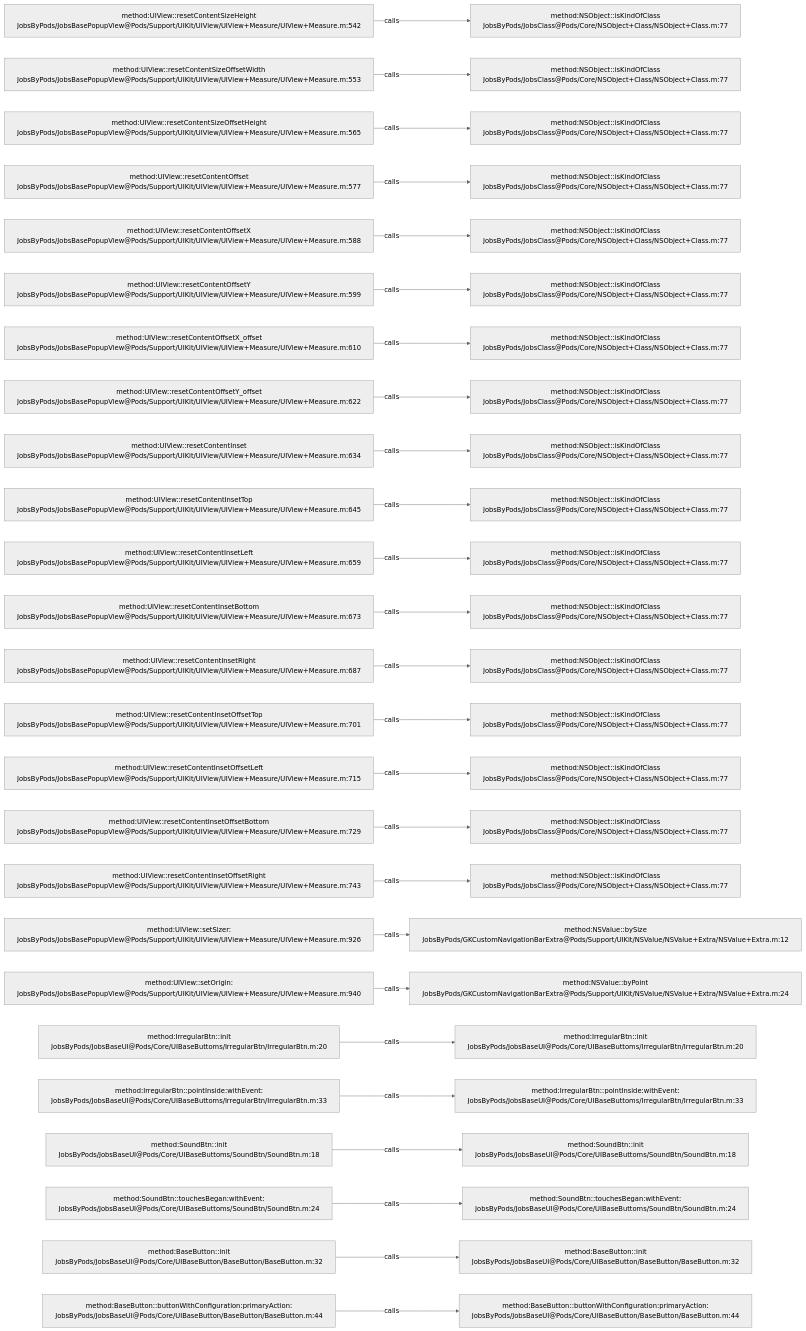
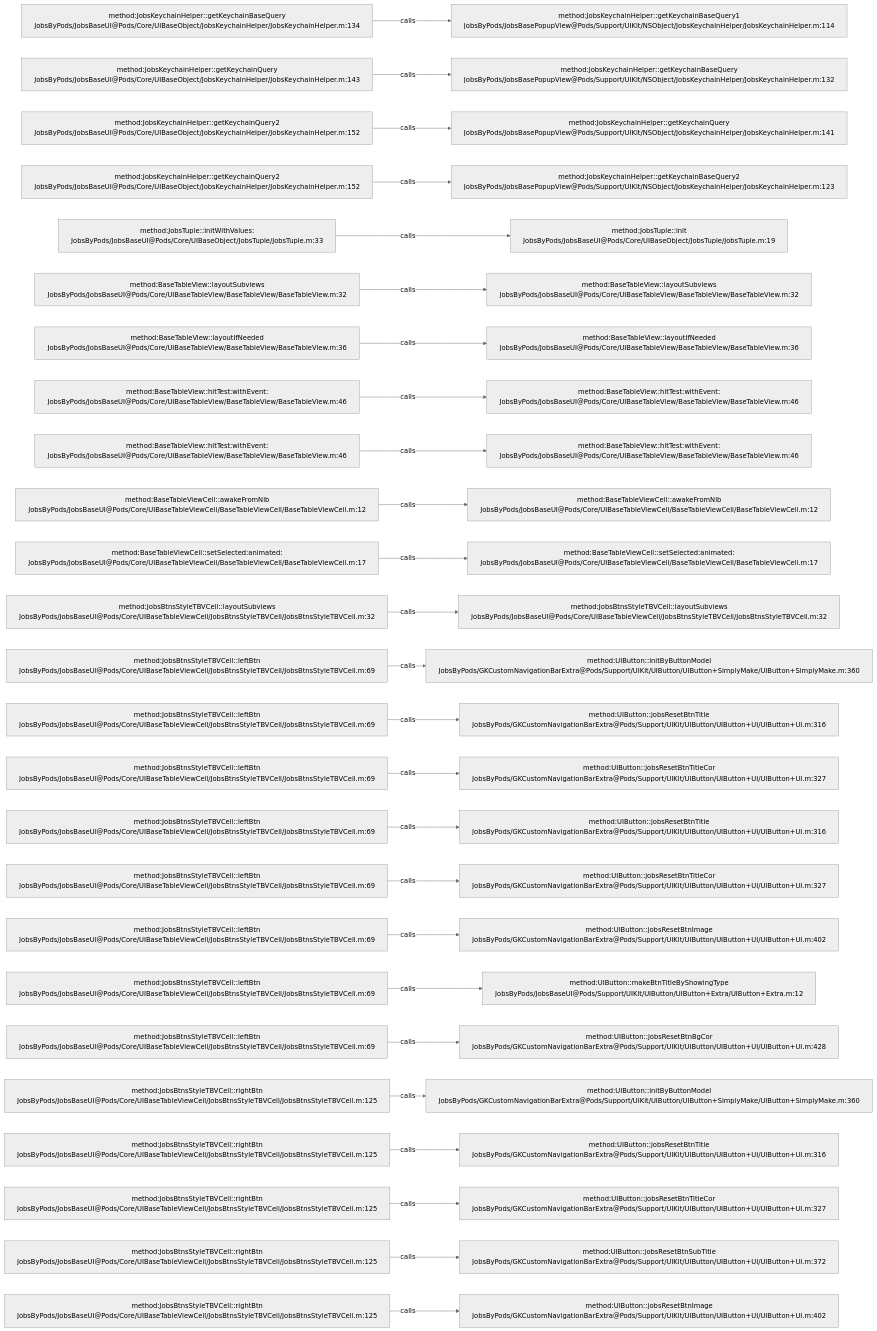
Before and after one commit to JobsKits/JobsOCBaseConfigDemo: the diagram in .codegraph/codegraph.md/graphs/calls-031.md, drawn with Mermaid (neutral theme). The commit also changed 1026 other files, not shown here.

````diff
--- a/.codegraph/codegraph.md/graphs/calls-031.md
+++ b/.codegraph/codegraph.md/graphs/calls-031.md
@@ -13,78 +13,78 @@
 ```mermaid
 flowchart LR
-  S1["method:UIView::resetContentSizeHeight<br/>JobsByPods/JobsBasePopupView@Pods/Support/UIKit/UIView/UIView+Measure/UIView+Measure.m:542"]
-  T1["method:NSObject::isKindOfClass<br/>JobsByPods/JobsClass@Pods/Core/NSObject+Class/NSObject+Class.m:77"]
+  S1["method:JobsKeychainHelper::getKeychainBaseQuery<br/>JobsByPods/JobsBaseUI@Pods/Core/UIBaseObject/JobsKeychainHelper/JobsKeychainHelper.m:134"]
+  T1["method:JobsKeychainHelper::getKeychainBaseQuery1<br/>JobsByPods/JobsBasePopupView@Pods/Support/UIKit/NSObject/JobsKeychainHelper/JobsKeychainHelper.m:114"]
   S1 -->|calls| T1
-  S2["method:UIView::resetContentSizeOffsetWidth<br/>JobsByPods/JobsBasePopupView@Pods/Support/UIKit/UIView/UIView+Measure/UIView+Measure.m:553"]
-  T2["method:NSObject::isKindOfClass<br/>JobsByPods/JobsClass@Pods/Core/NSObject+Class/NSObject+Class.m:77"]
+  S2["method:JobsKeychainHelper::getKeychainQuery<br/>JobsByPods/JobsBaseUI@Pods/Core/UIBaseObject/JobsKeychainHelper/JobsKeychainHelper.m:143"]
+  T2["method:JobsKeychainHelper::getKeychainBaseQuery<br/>JobsByPods/JobsBasePopupView@Pods/Support/UIKit/NSObject/JobsKeychainHelper/JobsKeychainHelper.m:132"]
   S2 -->|calls| T2
-  S3["method:UIView::resetContentSizeOffsetHeight<br/>JobsByPods/JobsBasePopupView@Pods/Support/UIKit/UIView/UIView+Measure/UIView+Measure.m:565"]
-  T3["method:NSObject::isKindOfClass<br/>JobsByPods/JobsClass@Pods/Core/NSObject+Class/NSObject+Class.m:77"]
+  S3["method:JobsKeychainHelper::getKeychainQuery2<br/>JobsByPods/JobsBaseUI@Pods/Core/UIBaseObject/JobsKeychainHelper/JobsKeychainHelper.m:152"]
+  T3["method:JobsKeychainHelper::getKeychainQuery<br/>JobsByPods/JobsBasePopupView@Pods/Support/UIKit/NSObject/JobsKeychainHelper/JobsKeychainHelper.m:141"]
   S3 -->|calls| T3
-  S4["method:UIView::resetContentOffset<br/>JobsByPods/JobsBasePopupView@Pods/Support/UIKit/UIView/UIView+Measure/UIView+Measure.m:577"]
-  T4["method:NSObject::isKindOfClass<br/>JobsByPods/JobsClass@Pods/Core/NSObject+Class/NSObject+Class.m:77"]
+  S4["method:JobsKeychainHelper::getKeychainQuery2<br/>JobsByPods/JobsBaseUI@Pods/Core/UIBaseObject/JobsKeychainHelper/JobsKeychainHelper.m:152"]
+  T4["method:JobsKeychainHelper::getKeychainBaseQuery2<br/>JobsByPods/JobsBasePopupView@Pods/Support/UIKit/NSObject/JobsKeychainHelper/JobsKeychainHelper.m:123"]
   S4 -->|calls| T4
-  S5["method:UIView::resetContentOffsetX<br/>JobsByPods/JobsBasePopupView@Pods/Support/UIKit/UIView/UIView+Measure/UIView+Measure.m:588"]
-  T5["method:NSObject::isKindOfClass<br/>JobsByPods/JobsClass@Pods/Core/NSObject+Class/NSObject+Class.m:77"]
+  S5["method:JobsTuple::initWithValues:<br/>JobsByPods/JobsBaseUI@Pods/Core/UIBaseObject/JobsTuple/JobsTuple.m:33"]
+  T5["method:JobsTuple::init<br/>JobsByPods/JobsBaseUI@Pods/Core/UIBaseObject/JobsTuple/JobsTuple.m:19"]
   S5 -->|calls| T5
-  S6["method:UIView::resetContentOffsetY<br/>JobsByPods/JobsBasePopupView@Pods/Support/UIKit/UIView/UIView+Measure/UIView+Measure.m:599"]
-  T6["method:NSObject::isKindOfClass<br/>JobsByPods/JobsClass@Pods/Core/NSObject+Class/NSObject+Class.m:77"]
+  S6["method:BaseTableView::layoutSubviews<br/>JobsByPods/JobsBaseUI@Pods/Core/UIBaseTableView/BaseTableView/BaseTableView.m:32"]
+  T6["method:BaseTableView::layoutSubviews<br/>JobsByPods/JobsBaseUI@Pods/Core/UIBaseTableView/BaseTableView/BaseTableView.m:32"]
   S6 -->|calls| T6
-  S7["method:UIView::resetContentOffsetX_offset<br/>JobsByPods/JobsBasePopupView@Pods/Support/UIKit/UIView/UIView+Measure/UIView+Measure.m:610"]
-  T7["method:NSObject::isKindOfClass<br/>JobsByPods/JobsClass@Pods/Core/NSObject+Class/NSObject+Class.m:77"]
+  S7["method:BaseTableView::layoutIfNeeded<br/>JobsByPods/JobsBaseUI@Pods/Core/UIBaseTableView/BaseTableView/BaseTableView.m:36"]
+  T7["method:BaseTableView::layoutIfNeeded<br/>JobsByPods/JobsBaseUI@Pods/Core/UIBaseTableView/BaseTableView/BaseTableView.m:36"]
   S7 -->|calls| T7
-  S8["method:UIView::resetContentOffsetY_offset<br/>JobsByPods/JobsBasePopupView@Pods/Support/UIKit/UIView/UIView+Measure/UIView+Measure.m:622"]
-  T8["method:NSObject::isKindOfClass<br/>JobsByPods/JobsClass@Pods/Core/NSObject+Class/NSObject+Class.m:77"]
+  S8["method:BaseTableView::hitTest:withEvent:<br/>JobsByPods/JobsBaseUI@Pods/Core/UIBaseTableView/BaseTableView/BaseTableView.m:46"]
+  T8["method:BaseTableView::hitTest:withEvent:<br/>JobsByPods/JobsBaseUI@Pods/Core/UIBaseTableView/BaseTableView/BaseTableView.m:46"]
   S8 -->|calls| T8
-  S9["method:UIView::resetContentInset<br/>JobsByPods/JobsBasePopupView@Pods/Support/UIKit/UIView/UIView+Measure/UIView+Measure.m:634"]
-  T9["method:NSObject::isKindOfClass<br/>JobsByPods/JobsClass@Pods/Core/NSObject+Class/NSObject+Class.m:77"]
+  S9["method:BaseTableView::hitTest:withEvent:<br/>JobsByPods/JobsBaseUI@Pods/Core/UIBaseTableView/BaseTableView/BaseTableView.m:46"]
+  T9["method:BaseTableView::hitTest:withEvent:<br/>JobsByPods/JobsBaseUI@Pods/Core/UIBaseTableView/BaseTableView/BaseTableView.m:46"]
   S9 -->|calls| T9
-  S10["method:UIView::resetContentInsetTop<br/>JobsByPods/JobsBasePopupView@Pods/Support/UIKit/UIView/UIView+Measure/UIView+Measure.m:645"]
-  T10["method:NSObject::isKindOfClass<br/>JobsByPods/JobsClass@Pods/Core/NSObject+Class/NSObject+Class.m:77"]
+  S10["method:BaseTableViewCell::awakeFromNib<br/>JobsByPods/JobsBaseUI@Pods/Core/UIBaseTableViewCell/BaseTableViewCell/BaseTableViewCell.m:12"]
+  T10["method:BaseTableViewCell::awakeFromNib<br/>JobsByPods/JobsBaseUI@Pods/Core/UIBaseTableViewCell/BaseTableViewCell/BaseTableViewCell.m:12"]
   S10 -->|calls| T10
-  S11["method:UIView::resetContentInsetLeft<br/>JobsByPods/JobsBasePopupView@Pods/Support/UIKit/UIView/UIView+Measure/UIView+Measure.m:659"]
-  T11["method:NSObject::isKindOfClass<br/>JobsByPods/JobsClass@Pods/Core/NSObject+Class/NSObject+Class.m:77"]
+  S11["method:BaseTableViewCell::setSelected:animated:<br/>JobsByPods/JobsBaseUI@Pods/Core/UIBaseTableViewCell/BaseTableViewCell/BaseTableViewCell.m:17"]
+  T11["method:BaseTableViewCell::setSelected:animated:<br/>JobsByPods/JobsBaseUI@Pods/Core/UIBaseTableViewCell/BaseTableViewCell/BaseTableViewCell.m:17"]
   S11 -->|calls| T11
-  S12["method:UIView::resetContentInsetBottom<br/>JobsByPods/JobsBasePopupView@Pods/Support/UIKit/UIView/UIView+Measure/UIView+Measure.m:673"]
-  T12["method:NSObject::isKindOfClass<br/>JobsByPods/JobsClass@Pods/Core/NSObject+Class/NSObject+Class.m:77"]
+  S12["method:JobsBtnsStyleTBVCell::layoutSubviews<br/>JobsByPods/JobsBaseUI@Pods/Core/UIBaseTableViewCell/JobsBtnsStyleTBVCell/JobsBtnsStyleTBVCell.m:32"]
+  T12["method:JobsBtnsStyleTBVCell::layoutSubviews<br/>JobsByPods/JobsBaseUI@Pods/Core/UIBaseTableViewCell/JobsBtnsStyleTBVCell/JobsBtnsStyleTBVCell.m:32"]
   S12 -->|calls| T12
-  S13["method:UIView::resetContentInsetRight<br/>JobsByPods/JobsBasePopupView@Pods/Support/UIKit/UIView/UIView+Measure/UIView+Measure.m:687"]
-  T13["method:NSObject::isKindOfClass<br/>JobsByPods/JobsClass@Pods/Core/NSObject+Class/NSObject+Class.m:77"]
+  S13["method:JobsBtnsStyleTBVCell::leftBtn<br/>JobsByPods/JobsBaseUI@Pods/Core/UIBaseTableViewCell/JobsBtnsStyleTBVCell/JobsBtnsStyleTBVCell.m:69"]
+  T13["method:UIButton::initByButtonModel<br/>JobsByPods/GKCustomNavigationBarExtra@Pods/Support/UIKit/UIButton/UIButton+SimplyMake/UIButton+SimplyMake.m:360"]
   S13 -->|calls| T13
-  S14["method:UIView::resetContentInsetOffsetTop<br/>JobsByPods/JobsBasePopupView@Pods/Support/UIKit/UIView/UIView+Measure/UIView+Measure.m:701"]
-  T14["method:NSObject::isKindOfClass<br/>JobsByPods/JobsClass@Pods/Core/NSObject+Class/NSObject+Class.m:77"]
+  S14["method:JobsBtnsStyleTBVCell::leftBtn<br/>JobsByPods/JobsBaseUI@Pods/Core/UIBaseTableViewCell/JobsBtnsStyleTBVCell/JobsBtnsStyleTBVCell.m:69"]
+  T14["method:UIButton::jobsResetBtnTitle<br/>JobsByPods/GKCustomNavigationBarExtra@Pods/Support/UIKit/UIButton/UIButton+UI/UIButton+UI.m:316"]
   S14 -->|calls| T14
-  S15["method:UIView::resetContentInsetOffsetLeft<br/>JobsByPods/JobsBasePopupView@Pods/Support/UIKit/UIView/UIView+Measure/UIView+Measure.m:715"]
-  T15["method:NSObject::isKindOfClass<br/>JobsByPods/JobsClass@Pods/Core/NSObject+Class/NSObject+Class.m:77"]
+  S15["method:JobsBtnsStyleTBVCell::leftBtn<br/>JobsByPods/JobsBaseUI@Pods/Core/UIBaseTableViewCell/JobsBtnsStyleTBVCell/JobsBtnsStyleTBVCell.m:69"]
+  T15["method:UIButton::jobsResetBtnTitleCor<br/>JobsByPods/GKCustomNavigationBarExtra@Pods/Support/UIKit/UIButton/UIButton+UI/UIButton+UI.m:327"]
   S15 -->|calls| T15
-  S16["method:UIView::resetContentInsetOffsetBottom<br/>JobsByPods/JobsBasePopupView@Pods/Support/UIKit/UIView/UIView+Measure/UIView+Measure.m:729"]
-  T16["method:NSObject::isKindOfClass<br/>JobsByPods/JobsClass@Pods/Core/NSObject+Class/NSObject+Class.m:77"]
+  S16["method:JobsBtnsStyleTBVCell::leftBtn<br/>JobsByPods/JobsBaseUI@Pods/Core/UIBaseTableViewCell/JobsBtnsStyleTBVCell/JobsBtnsStyleTBVCell.m:69"]
+  T16["method:UIButton::jobsResetBtnTitle<br/>JobsByPods/GKCustomNavigationBarExtra@Pods/Support/UIKit/UIButton/UIButton+UI/UIButton+UI.m:316"]
   S16 -->|calls| T16
-  S17["method:UIView::resetContentInsetOffsetRight<br/>JobsByPods/JobsBasePopupView@Pods/Support/UIKit/UIView/UIView+Measure/UIView+Measure.m:743"]
-  T17["method:NSObject::isKindOfClass<br/>JobsByPods/JobsClass@Pods/Core/NSObject+Class/NSObject+Class.m:77"]
+  S17["method:JobsBtnsStyleTBVCell::leftBtn<br/>JobsByPods/JobsBaseUI@Pods/Core/UIBaseTableViewCell/JobsBtnsStyleTBVCell/JobsBtnsStyleTBVCell.m:69"]
+  T17["method:UIButton::jobsResetBtnTitleCor<br/>JobsByPods/GKCustomNavigationBarExtra@Pods/Support/UIKit/UIButton/UIButton+UI/UIButton+UI.m:327"]
   S17 -->|calls| T17
-  S18["method:UIView::setSizer:<br/>JobsByPods/JobsBasePopupView@Pods/Support/UIKit/UIView/UIView+Measure/UIView+Measure.m:926"]
-  T18["method:NSValue::bySize<br/>JobsByPods/GKCustomNavigationBarExtra@Pods/Support/UIKit/NSValue/NSValue+Extra/NSValue+Extra.m:12"]
+  S18["method:JobsBtnsStyleTBVCell::leftBtn<br/>JobsByPods/JobsBaseUI@Pods/Core/UIBaseTableViewCell/JobsBtnsStyleTBVCell/JobsBtnsStyleTBVCell.m:69"]
+  T18["method:UIButton::jobsResetBtnImage<br/>JobsByPods/GKCustomNavigationBarExtra@Pods/Support/UIKit/UIButton/UIButton+UI/UIButton+UI.m:402"]
   S18 -->|calls| T18
-  S19["method:UIView::setOrigin:<br/>JobsByPods/JobsBasePopupView@Pods/Support/UIKit/UIView/UIView+Measure/UIView+Measure.m:940"]
-  T19["method:NSValue::byPoint<br/>JobsByPods/GKCustomNavigationBarExtra@Pods/Support/UIKit/NSValue/NSValue+Extra/NSValue+Extra.m:24"]
+  S19["method:JobsBtnsStyleTBVCell::leftBtn<br/>JobsByPods/JobsBaseUI@Pods/Core/UIBaseTableViewCell/JobsBtnsStyleTBVCell/JobsBtnsStyleTBVCell.m:69"]
+  T19["method:UIButton::makeBtnTitleByShowingType<br/>JobsByPods/JobsBaseUI@Pods/Support/UIKit/UIButton/UIButton+Extra/UIButton+Extra.m:12"]
   S19 -->|calls| T19
-  S20["method:IrregularBtn::init<br/>JobsByPods/JobsBaseUI@Pods/Core/UIBaseButtoms/IrregularBtn/IrregularBtn.m:20"]
-  T20["method:IrregularBtn::init<br/>JobsByPods/JobsBaseUI@Pods/Core/UIBaseButtoms/IrregularBtn/IrregularBtn.m:20"]
+  S20["method:JobsBtnsStyleTBVCell::leftBtn<br/>JobsByPods/JobsBaseUI@Pods/Core/UIBaseTableViewCell/JobsBtnsStyleTBVCell/JobsBtnsStyleTBVCell.m:69"]
+  T20["method:UIButton::jobsResetBtnBgCor<br/>JobsByPods/GKCustomNavigationBarExtra@Pods/Support/UIKit/UIButton/UIButton+UI/UIButton+UI.m:428"]
   S20 -->|calls| T20
-  S21["method:IrregularBtn::pointInside:withEvent:<br/>JobsByPods/JobsBaseUI@Pods/Core/UIBaseButtoms/IrregularBtn/IrregularBtn.m:33"]
-  T21["method:IrregularBtn::pointInside:withEvent:<br/>JobsByPods/JobsBaseUI@Pods/Core/UIBaseButtoms/IrregularBtn/IrregularBtn.m:33"]
+  S21["method:JobsBtnsStyleTBVCell::rightBtn<br/>JobsByPods/JobsBaseUI@Pods/Core/UIBaseTableViewCell/JobsBtnsStyleTBVCell/JobsBtnsStyleTBVCell.m:125"]
+  T21["method:UIButton::initByButtonModel<br/>JobsByPods/GKCustomNavigationBarExtra@Pods/Support/UIKit/UIButton/UIButton+SimplyMake/UIButton+SimplyMake.m:360"]
   S21 -->|calls| T21
-  S22["method:SoundBtn::init<br/>JobsByPods/JobsBaseUI@Pods/Core/UIBaseButtoms/SoundBtn/SoundBtn.m:18"]
-  T22["method:SoundBtn::init<br/>JobsByPods/JobsBaseUI@Pods/Core/UIBaseButtoms/SoundBtn/SoundBtn.m:18"]
+  S22["method:JobsBtnsStyleTBVCell::rightBtn<br/>JobsByPods/JobsBaseUI@Pods/Core/UIBaseTableViewCell/JobsBtnsStyleTBVCell/JobsBtnsStyleTBVCell.m:125"]
+  T22["method:UIButton::jobsResetBtnTitle<br/>JobsByPods/GKCustomNavigationBarExtra@Pods/Support/UIKit/UIButton/UIButton+UI/UIButton+UI.m:316"]
   S22 -->|calls| T22
-  S23["method:SoundBtn::touchesBegan:withEvent:<br/>JobsByPods/JobsBaseUI@Pods/Core/UIBaseButtoms/SoundBtn/SoundBtn.m:24"]
-  T23["method:SoundBtn::touchesBegan:withEvent:<br/>JobsByPods/JobsBaseUI@Pods/Core/UIBaseButtoms/SoundBtn/SoundBtn.m:24"]
+  S23["method:JobsBtnsStyleTBVCell::rightBtn<br/>JobsByPods/JobsBaseUI@Pods/Core/UIBaseTableViewCell/JobsBtnsStyleTBVCell/JobsBtnsStyleTBVCell.m:125"]
+  T23["method:UIButton::jobsResetBtnTitleCor<br/>JobsByPods/GKCustomNavigationBarExtra@Pods/Support/UIKit/UIButton/UIButton+UI/UIButton+UI.m:327"]
   S23 -->|calls| T23
-  S24["method:BaseButton::init<br/>JobsByPods/JobsBaseUI@Pods/Core/UIBaseButton/BaseButton/BaseButton.m:32"]
-  T24["method:BaseButton::init<br/>JobsByPods/JobsBaseUI@Pods/Core/UIBaseButton/BaseButton/BaseButton.m:32"]
+  S24["method:JobsBtnsStyleTBVCell::rightBtn<br/>JobsByPods/JobsBaseUI@Pods/Core/UIBaseTableViewCell/JobsBtnsStyleTBVCell/JobsBtnsStyleTBVCell.m:125"]
+  T24["method:UIButton::jobsResetBtnSubTitle<br/>JobsByPods/GKCustomNavigationBarExtra@Pods/Support/UIKit/UIButton/UIButton+UI/UIButton+UI.m:372"]
   S24 -->|calls| T24
-  S25["method:BaseButton::buttonWithConfiguration:primaryAction:<br/>JobsByPods/JobsBaseUI@Pods/Core/UIBaseButton/BaseButton/BaseButton.m:44"]
-  T25["method:BaseButton::buttonWithConfiguration:primaryAction:<br/>JobsByPods/JobsBaseUI@Pods/Core/UIBaseButton/BaseButton/BaseButton.m:44"]
+  S25["method:JobsBtnsStyleTBVCell::rightBtn<br/>JobsByPods/JobsBaseUI@Pods/Core/UIBaseTableViewCell/JobsBtnsStyleTBVCell/JobsBtnsStyleTBVCell.m:125"]
+  T25["method:UIButton::jobsResetBtnImage<br/>JobsByPods/GKCustomNavigationBarExtra@Pods/Support/UIKit/UIButton/UIButton+UI/UIButton+UI.m:402"]
   S25 -->|calls| T25
 ```
````
